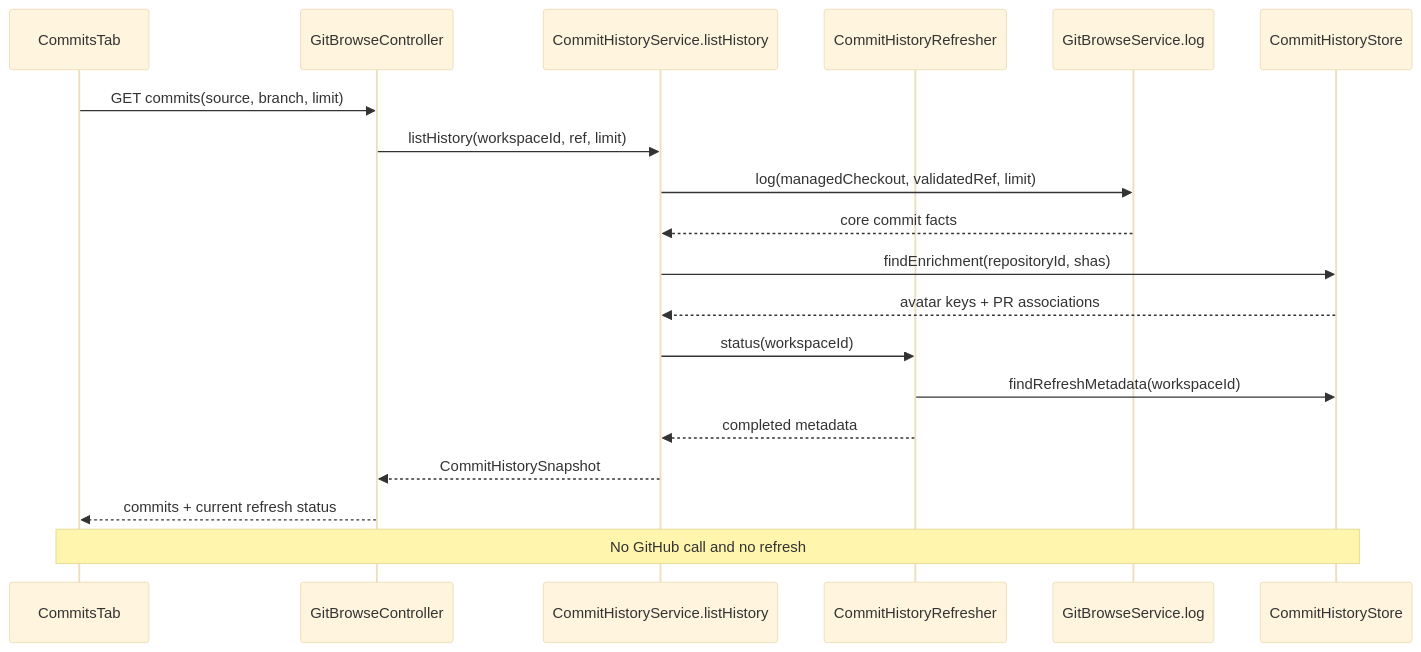
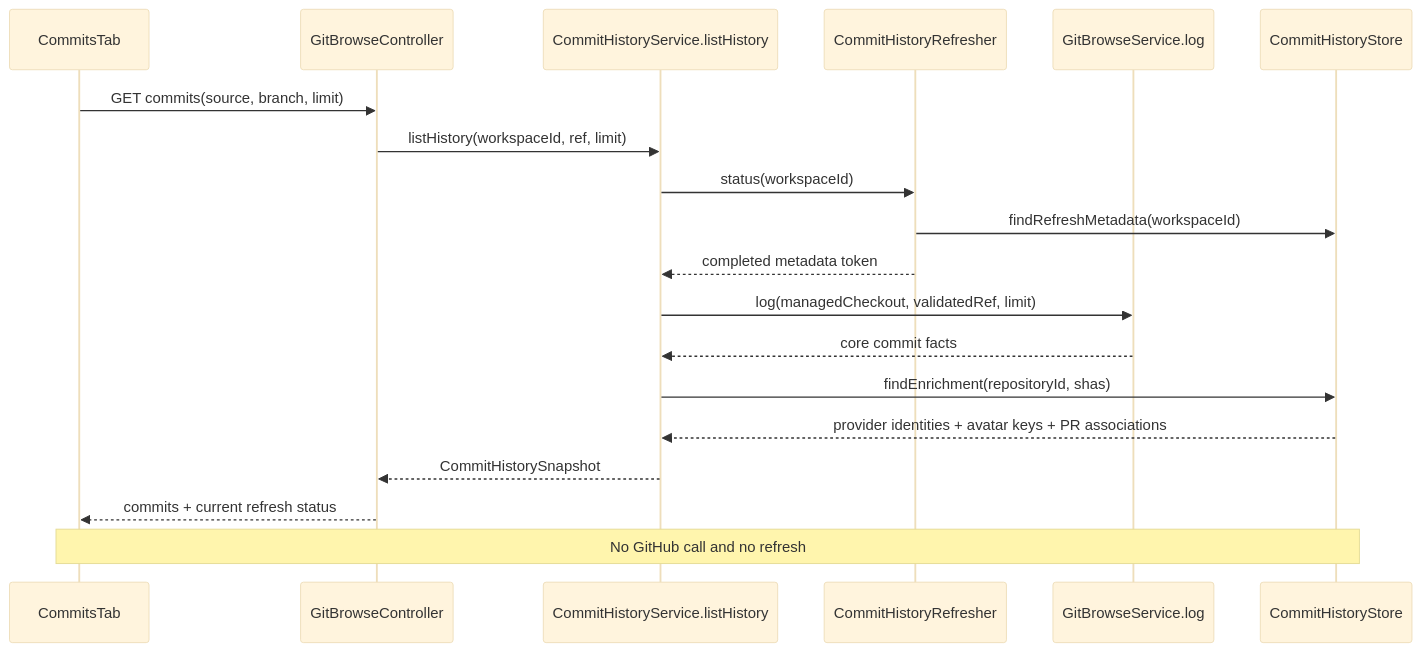
Before and after one commit to bytequay/bytequay: the first of 3 diagrams in docs/design/commits.md, drawn with Mermaid (base theme). The commit also changed other lines of this file and 32 other files, not shown here.

````diff
--- a/docs/design/commits.md
+++ b/docs/design/commits.md
@@ -381,22 +409,22 @@
 ```mermaid
 sequenceDiagram
     participant UI as CommitsTab
     participant API as GitBrowseController
     participant Service as CommitHistoryService.listHistory
     participant Refresher as CommitHistoryRefresher
     participant Git as GitBrowseService.log
     participant Store as CommitHistoryStore
 
     UI->>API: GET commits(source, branch, limit)
     API->>Service: listHistory(workspaceId, ref, limit)
+    Service->>Refresher: status(workspaceId)
+    Refresher->>Store: findRefreshMetadata(workspaceId)
+    Refresher-->>Service: completed metadata token
     Service->>Git: log(managedCheckout, validatedRef, limit)
     Git-->>Service: core commit facts
     Service->>Store: findEnrichment(repositoryId, shas)
-    Store-->>Service: avatar keys + PR associations
-    Service->>Refresher: status(workspaceId)
-    Refresher->>Store: findRefreshMetadata(workspaceId)
-    Refresher-->>Service: completed metadata
+    Store-->>Service: provider identities + avatar keys + PR associations
     Service-->>API: CommitHistorySnapshot
     API-->>UI: commits + current refresh status
     Note over UI,Store: No GitHub call and no refresh
 ```
````
